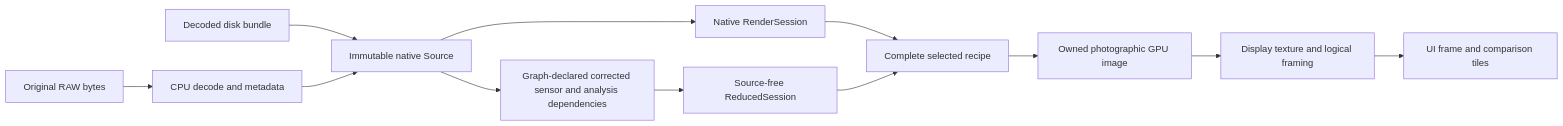
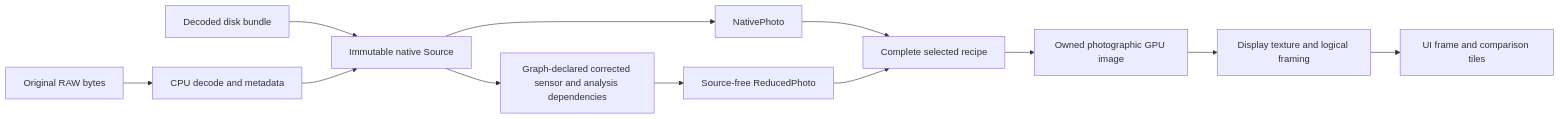
One commit to hank-bond/foveonic changed the second of 2 diagrams in docs/interactive-rendering-architecture.md. Above: the diagram before and after it, drawn with Mermaid. The commit also changed other lines of this file and 238 other files, not shown here.

````diff
--- a/docs/interactive-rendering-architecture.md
+++ b/docs/interactive-rendering-architecture.md
@@ -71,14 +71,14 @@
 ```mermaid
 flowchart LR
     Original[Original RAW bytes] --> Decode[CPU decode and metadata]
     Disk[Decoded disk bundle] --> Source[Immutable native Source]
     Decode --> Source
-    Source --> Native[Native RenderSession]
+    Source --> Native[NativePhoto]
     Source --> Cut[Graph-declared corrected sensor and analysis dependencies]
-    Cut --> Reduced[Source-free ReducedSession]
+    Cut --> Reduced[Source-free ReducedPhoto]
     Native --> Graph[Complete selected recipe]
     Reduced --> Graph
     Graph --> Pixels[Owned photographic GPU image]
     Pixels --> Texture[Display texture and logical framing]
     Texture --> Display[UI frame and comparison tiles]
 ```
````
